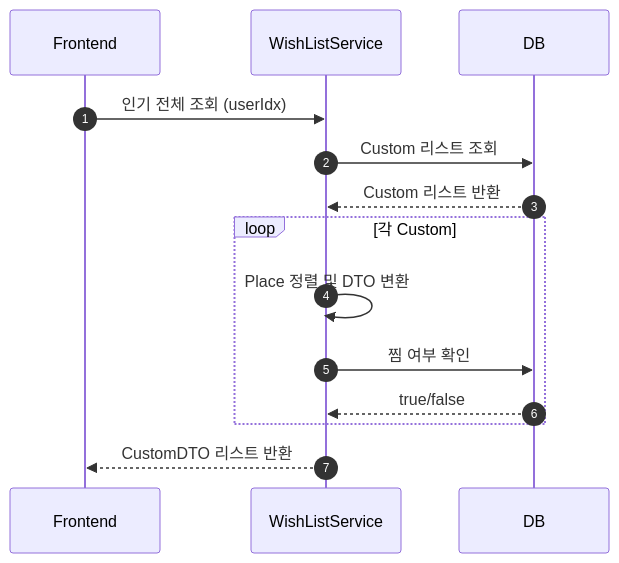
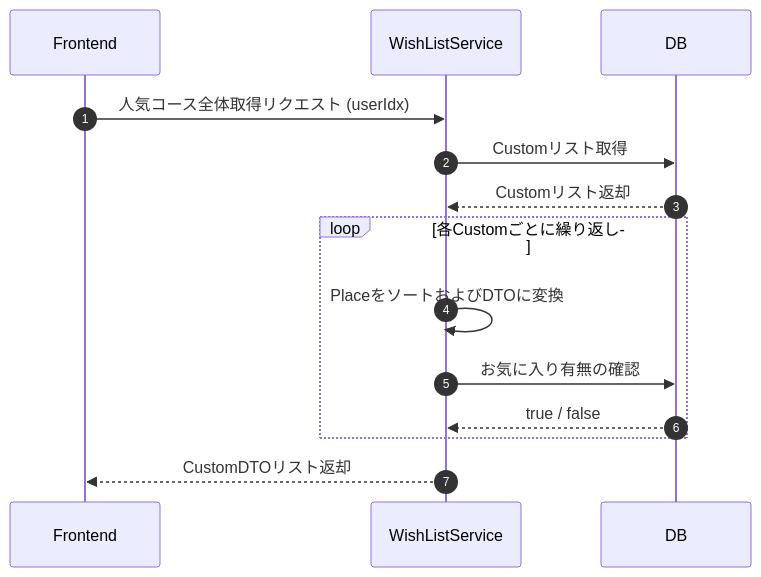
The tenth of 10 diagrams in README_img/SEQUENCE.md (You-HyunHo/Final-Project), drawn with Mermaid before and after one commit. The commit also changed other lines of this file, not shown here.

````diff
--- a/README_img/SEQUENCE.md
+++ b/README_img/SEQUENCE.md
@@ -223,21 +228,21 @@
 ```mermaid
 sequenceDiagram
-autonumber
-participant FE as Frontend
-participant BE as WishListService
-participant DB
+    autonumber
+    participant FE as Frontend
+    participant BE as WishListService
+    participant DB
 
-    FE->>BE: 인기 전체 조회 (userIdx)
+    FE->>BE: 人気コース全体取得リクエスト (userIdx)
 
-    BE->>DB: Custom 리스트 조회
-    DB-->>BE: Custom 리스트 반환
+    BE->>DB: Customリスト取得
+    DB-->>BE: Customリスト返却
 
-    loop 각 Custom
-        BE->>BE: Place 정렬 및 DTO 변환
+    loop 各Customごとに繰り返し
+        BE->>BE: PlaceをソートおよびDTOに変換
 
-        BE->>DB: 찜 여부 확인
-        DB-->>BE: true/false
+        BE->>DB: お気に入り有無の確認
+        DB-->>BE: true / false
     end
 
-    BE-->>FE: CustomDTO 리스트 반환
+    BE-->>FE: CustomDTOリスト返却
 ```
````
